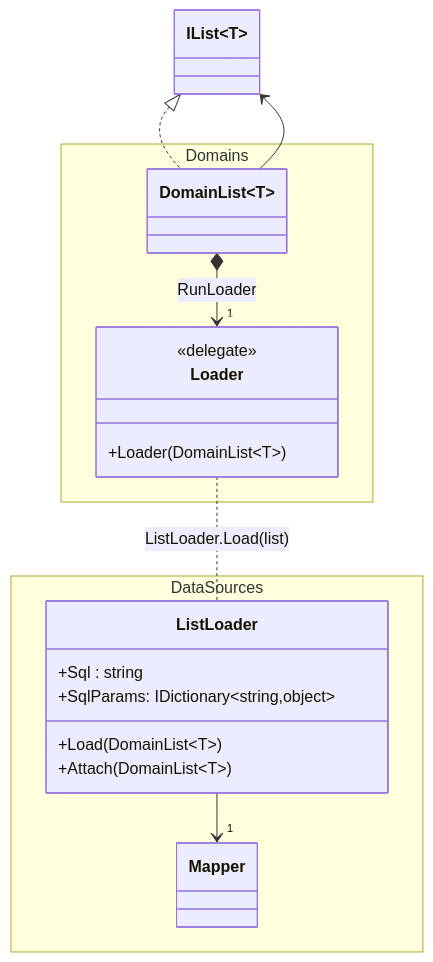
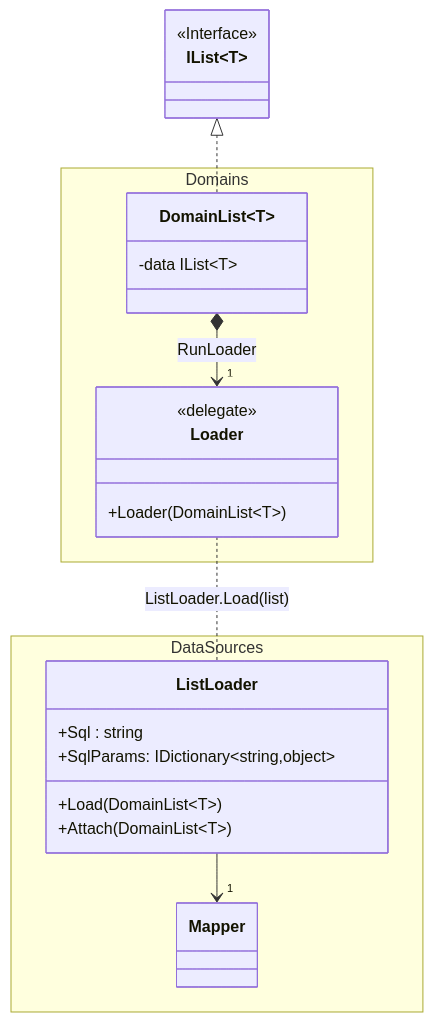
The seventh of 7 diagrams in src/Examples.Design.Fowler.Tests/Design.Fowler.Tests/ObjectRelationalBehavioral/LazyLoad/README.md (suzu-devworks/examples-dotnet-design), drawn with Mermaid before and after one commit. The commit also changed other lines of this file and 26 other files, not shown here.

````diff
--- a/src/Examples.Design.Fowler.Tests/Design.Fowler.Tests/ObjectRelationalBehavioral/LazyLoad/README.md
+++ b/src/Examples.Design.Fowler.Tests/Design.Fowler.Tests/ObjectRelationalBehavioral/LazyLoad/README.md
@@ -157,29 +294,34 @@
 ```mermaid
 classDiagram
-    IList~T~ <|.. DomainList~T~
-    IList~T~ <-- DomainList~T~
-    DomainList~T~ *--> "1" Loader : RunLoader
+  class IList~T~{
+    <<Interface>>
+  }
 
-    Loader .. ListLoader : ListLoader.Load(list)
-    ListLoader --> "1" Mapper
+  namespace Domains{
+    class DomainList~T~{
+      -data IList~T~
+    }
+    class Loader{
+      <<delegate>>
+      +Loader(DomainList~T~)
+    }
+  }
 
-    namespace Domains{
-        class DomainList~T~{
-        }
-        class Loader{
-            <<delegate>>
-            +Loader(DomainList~T~)
-        }
+  namespace DataSources {
+    class Mapper{
     }
+    class ListLoader{
+      +Sql : string
+      +SqlParams: IDictionary~string,object~
+      +Load(DomainList~T~)
+      +Attach(DomainList~T~)
+    }
+  }
 
-    namespace DataSources {
-        class Mapper{
-        }
-        class ListLoader{
-            +Sql : string
-            +SqlParams: IDictionary~string,object~
-            +Load(DomainList~T~)
-            +Attach(DomainList~T~)
-        }
-    }
+  IList~T~ <|.. DomainList~T~
+
+  DomainList~T~ *--> "1" Loader : RunLoader
+
+  Loader .. ListLoader : ListLoader.Load(list)
+  ListLoader --> "1" Mapper
 ```
````
